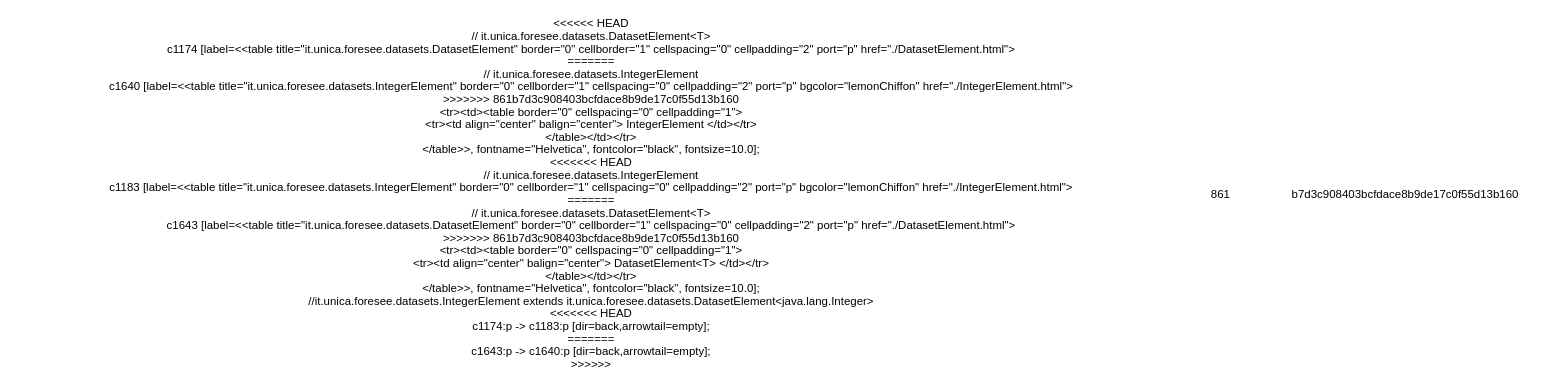
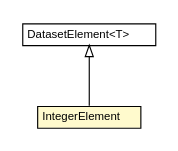
Before and after one commit to UnicaLabs-CS/Foresee: the diagram in docs/it/unica/foresee/datasets/IntegerElement.dot, drawn with Graphviz. The commit also changed 243 other files, not shown here.

```diff
--- a/docs/it/unica/foresee/datasets/IntegerElement.dot
+++ b/docs/it/unica/foresee/datasets/IntegerElement.dot
@@ -1,40 +1,26 @@
 #!/usr/local/bin/dot
 #
 # Class diagram 
 # Generated by UMLGraph version 5.2 (http://www.umlgraph.org/)
 #
 
 digraph G {
 	edge [fontname="Helvetica",fontsize=10,labelfontname="Helvetica",labelfontsize=10];
 	node [fontname="Helvetica",fontsize=10,shape=plaintext];
 	nodesep=0.25;
 	ranksep=0.5;
-<<<<<<< HEAD
 	// it.unica.foresee.datasets.DatasetElement<T>
-	c1174 [label=<<table title="it.unica.foresee.datasets.DatasetElement" border="0" cellborder="1" cellspacing="0" cellpadding="2" port="p" href="./DatasetElement.html">
-=======
+	c1306 [label=<<table title="it.unica.foresee.datasets.DatasetElement" border="0" cellborder="1" cellspacing="0" cellpadding="2" port="p" href="./DatasetElement.html">
+		<tr><td><table border="0" cellspacing="0" cellpadding="1">
+<tr><td align="center" balign="center"> DatasetElement&lt;T&gt; </td></tr>
+		</table></td></tr>
+		</table>>, fontname="Helvetica", fontcolor="black", fontsize=10.0];
 	// it.unica.foresee.datasets.IntegerElement
-	c1640 [label=<<table title="it.unica.foresee.datasets.IntegerElement" border="0" cellborder="1" cellspacing="0" cellpadding="2" port="p" bgcolor="lemonChiffon" href="./IntegerElement.html">
->>>>>>> 861b7d3c908403bcfdace8b9de17c0f55d13b160
+	c1315 [label=<<table title="it.unica.foresee.datasets.IntegerElement" border="0" cellborder="1" cellspacing="0" cellpadding="2" port="p" bgcolor="lemonChiffon" href="./IntegerElement.html">
 		<tr><td><table border="0" cellspacing="0" cellpadding="1">
 <tr><td align="center" balign="center"> IntegerElement </td></tr>
 		</table></td></tr>
 		</table>>, fontname="Helvetica", fontcolor="black", fontsize=10.0];
-<<<<<<< HEAD
-	// it.unica.foresee.datasets.IntegerElement
-	c1183 [label=<<table title="it.unica.foresee.datasets.IntegerElement" border="0" cellborder="1" cellspacing="0" cellpadding="2" port="p" bgcolor="lemonChiffon" href="./IntegerElement.html">
-=======
-	// it.unica.foresee.datasets.DatasetElement<T>
-	c1643 [label=<<table title="it.unica.foresee.datasets.DatasetElement" border="0" cellborder="1" cellspacing="0" cellpadding="2" port="p" href="./DatasetElement.html">
->>>>>>> 861b7d3c908403bcfdace8b9de17c0f55d13b160
-		<tr><td><table border="0" cellspacing="0" cellpadding="1">
-<tr><td align="center" balign="center"> DatasetElement&lt;T&gt; </td></tr>
-		</table></td></tr>
-		</table>>, fontname="Helvetica", fontcolor="black", fontsize=10.0];
 	//it.unica.foresee.datasets.IntegerElement extends it.unica.foresee.datasets.DatasetElement<java.lang.Integer>
-<<<<<<< HEAD
-	c1174:p -> c1183:p [dir=back,arrowtail=empty];
-=======
-	c1643:p -> c1640:p [dir=back,arrowtail=empty];
->>>>>>> 861b7d3c908403bcfdace8b9de17c0f55d13b160
+	c1306:p -> c1315:p [dir=back,arrowtail=empty];
 }
```
